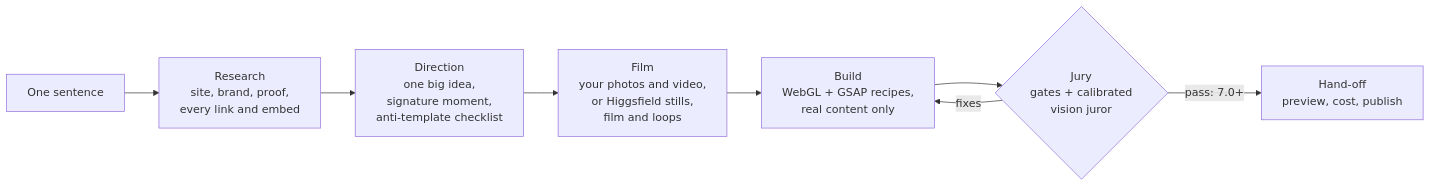
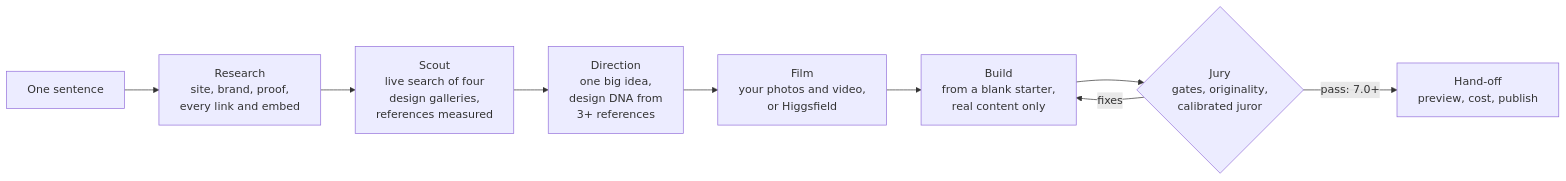
Before and after one commit to Surajp1602/juried: the diagram in README.md, drawn with Mermaid. The commit also changed other lines of this file and 57 other files, not shown here.

Commit message:
Juried 2.0: unique structure per build (live gallery scout, design DNA, originality gates)

````diff
--- a/README.md
+++ b/README.md
@@ -42,10 +46,11 @@
 ```mermaid
 flowchart LR
   A[One sentence] --> R[Research<br/>site, brand, proof,<br/>every link and embed]
-  R --> D[Direction<br/>one big idea,<br/>signature moment,<br/>anti-template checklist]
-  D --> F[Film<br/>your photos and video,<br/>or Higgsfield stills,<br/>film and loops]
-  F --> B[Build<br/>WebGL + GSAP recipes,<br/>real content only]
-  B --> J{Jury<br/>gates + calibrated<br/>vision juror}
+  R --> S[Scout<br/>live search of four<br/>design galleries,<br/>references measured]
+  S --> D[Direction<br/>one big idea,<br/>design DNA from<br/>3+ references]
+  D --> F[Film<br/>your photos and video,<br/>or Higgsfield]
+  F --> B[Build<br/>from a blank starter,<br/>real content only]
+  B --> J{Jury<br/>gates, originality,<br/>calibrated juror}
   J -- fixes --> B
   J -- pass: 7.0+ --> H[Hand-off<br/>preview, cost, publish]
 ```
````
